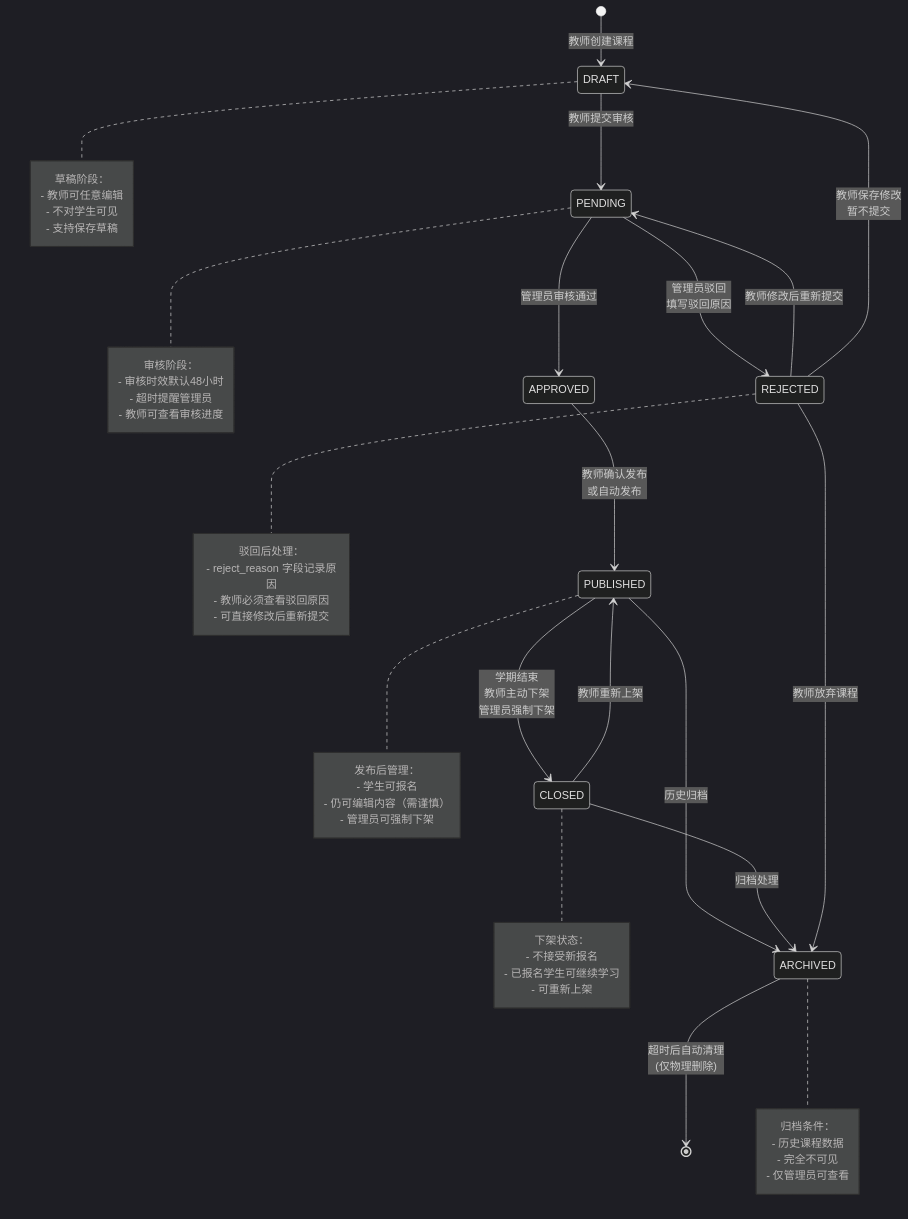
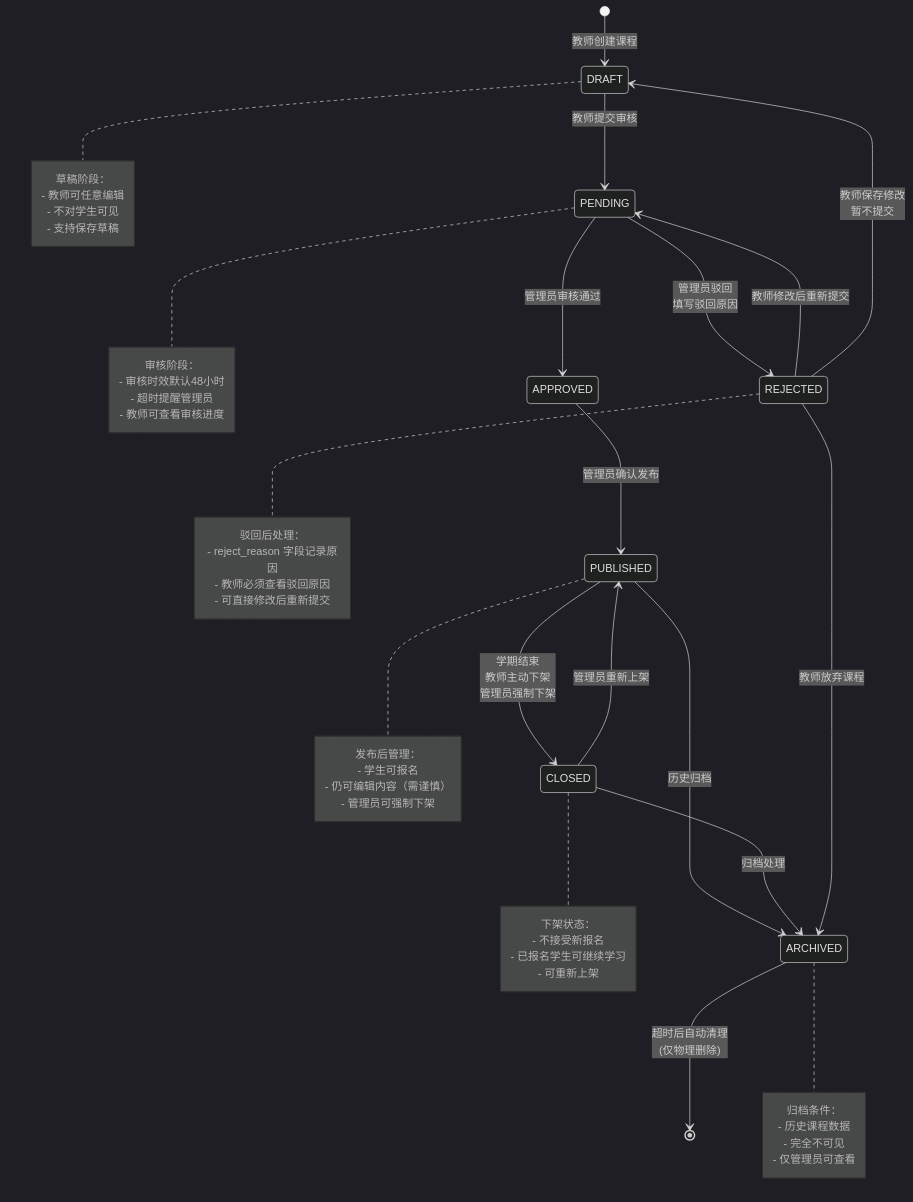
Before and after one commit to ailyedu2030/micro-course: the second of 8 diagrams in docs/状态机设计.md, drawn with Mermaid (dark theme). The commit also changed other lines of this file, not shown here.

Commit message:
docs: 状态机设计同步 — 教师发布→管理员发布
权限矩阵约定了PUBLISH仅ADMIN,但状态机设计文档
仍写着教师确认发布教师重新上架,与代码矛盾。

更新: 状态图中APPROVED→PUBLISHED/CLOSED→PUBLISHED
的触发角色从教师改为管理员。T4/T6表格同步更新。

````diff
--- a/docs/状态机设计.md
+++ b/docs/状态机设计.md
@@ -175,58 +175,58 @@
 ```mermaid
 stateDiagram-v2
     [*] --> DRAFT: 教师创建课程
     DRAFT --> PENDING: 教师提交审核
     PENDING --> APPROVED: 管理员审核通过
     PENDING --> REJECTED: 管理员驳回<br/>填写驳回原因
-    APPROVED --> PUBLISHED: 教师确认发布<br/>或自动发布
+    APPROVED --> PUBLISHED: 管理员确认发布
     PUBLISHED --> CLOSED: 学期结束<br/>教师主动下架<br/>管理员强制下架
     PUBLISHED --> ARCHIVED: 历史归档
-    CLOSED --> PUBLISHED: 教师重新上架
+    CLOSED --> PUBLISHED: 管理员重新上架
     CLOSED --> ARCHIVED: 归档处理
     REJECTED --> PENDING: 教师修改后重新提交
     REJECTED --> DRAFT: 教师保存修改<br/>暂不提交
     REJECTED --> ARCHIVED: 教师放弃课程
     ARCHIVED --> [*]: 超时后自动清理<br/>(仅物理删除)
 
     note right of DRAFT
         草稿阶段：
         - 教师可任意编辑
         - 不对学生可见
         - 支持保存草稿
     end note
 
     note right of PENDING
         审核阶段：
         - 审核时效默认48小时
         - 超时提醒管理员
         - 教师可查看审核进度
     end note
 
     note right of REJECTED
         驳回后处理：
         - reject_reason 字段记录原因
         - 教师必须查看驳回原因
         - 可直接修改后重新提交
     end note
 
     note right of PUBLISHED
         发布后管理：
         - 学生可报名
         - 仍可编辑内容（需谨慎）
         - 管理员可强制下架
     end note
 
     note right of CLOSED
         下架状态：
         - 不接受新报名
         - 已报名学生可继续学习
         - 可重新上架
     end note
 
     note right of ARCHIVED
         归档条件：
         - 历史课程数据
         - 完全不可见
         - 仅管理员可查看
     end note
 ```
````
